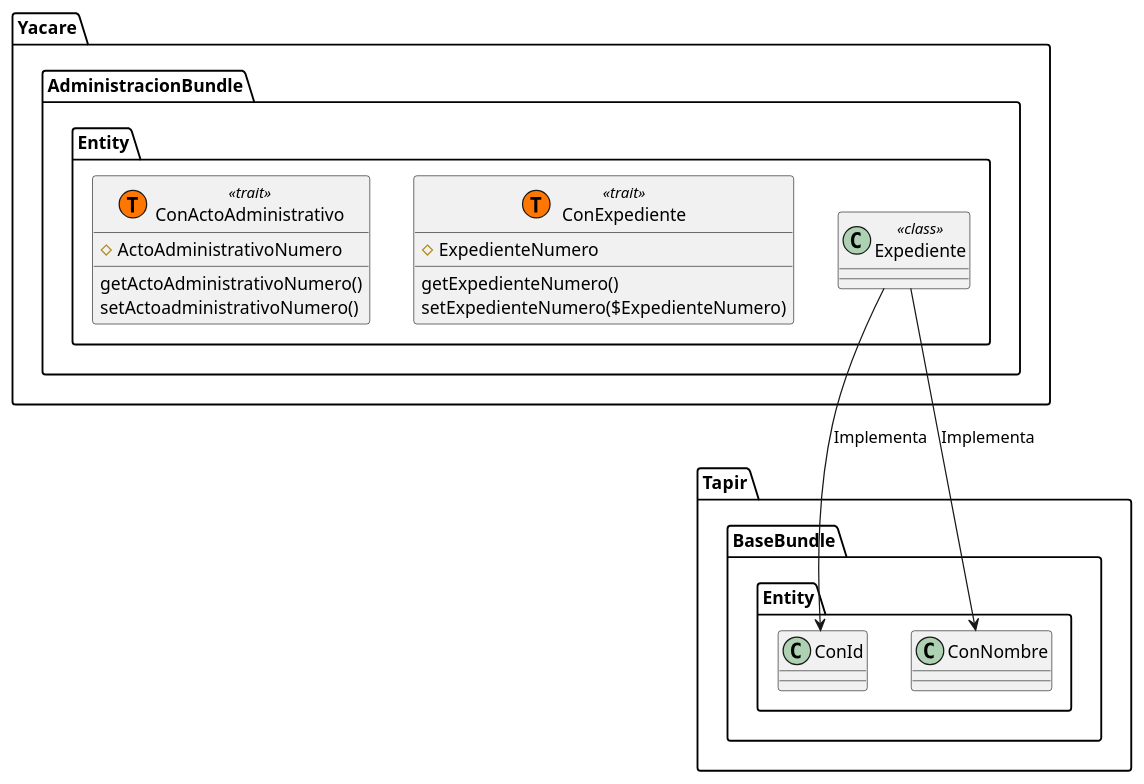
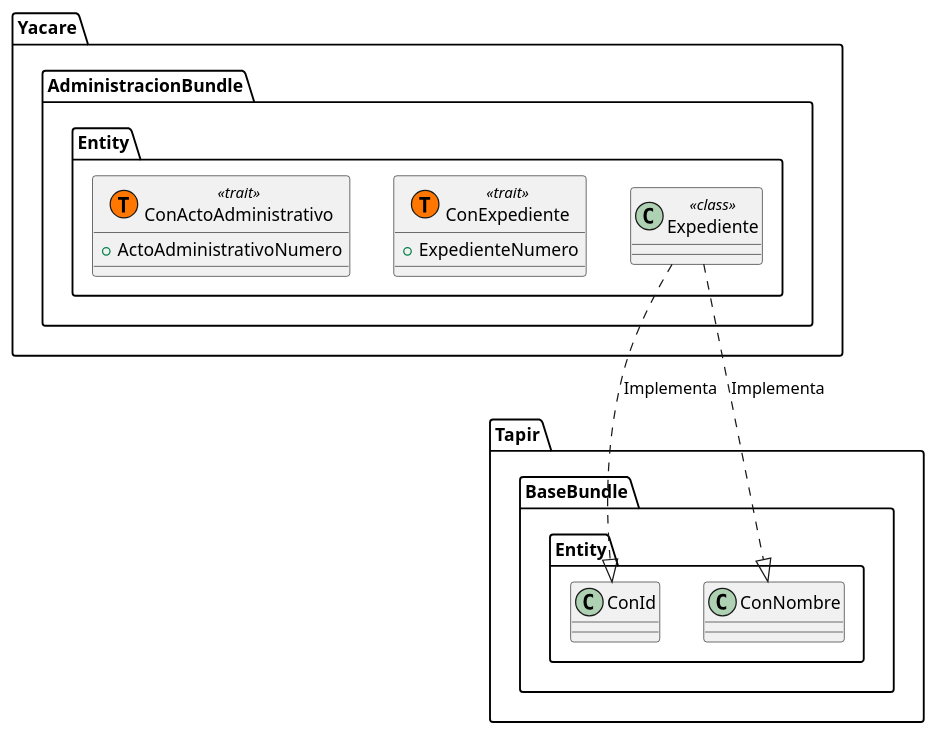
One commit to alediazrc/yacare changed the diagram in docs/Clases/Yacare/Administracion/DC_Entidades.pu. Above: the diagram before and after it, drawn with PlantUML. The commit also changed 3 other files, not shown here.

```diff
--- a/docs/Clases/Yacare/Administracion/DC_Entidades.pu
+++ b/docs/Clases/Yacare/Administracion/DC_Entidades.pu
@@ -1,21 +1,19 @@
 @startuml
 
 namespace Yacare.AdministracionBundle.Entity  {
 	class Expediente <<class>> {		
 	}
 	class ConExpediente <<(T,#FF7700) trait>> {
-  		#ExpedienteNumero
-  		getExpedienteNumero()
-  		setExpedienteNumero($ExpedienteNumero)
+  		+ExpedienteNumero
+  		
 	}
 	class ConActoAdministrativo <<(T,#FF7700) trait>> {
-  		#ActoAdministrativoNumero
-  		getActoAdministrativoNumero()
-  		setActoadministrativoNumero()
+  		+ActoAdministrativoNumero
+  		
  	}
 }
 
-Yacare.AdministracionBundle.Entity.Expediente--> Tapir.BaseBundle.Entity.ConId: Implementa
-Yacare.AdministracionBundle.Entity.Expediente--> Tapir.BaseBundle.Entity.ConNombre: Implementa
+Yacare.AdministracionBundle.Entity.Expediente..|> Tapir.BaseBundle.Entity.ConId: Implementa
+Yacare.AdministracionBundle.Entity.Expediente..|> Tapir.BaseBundle.Entity.ConNombre: Implementa
 
 @enduml
```
